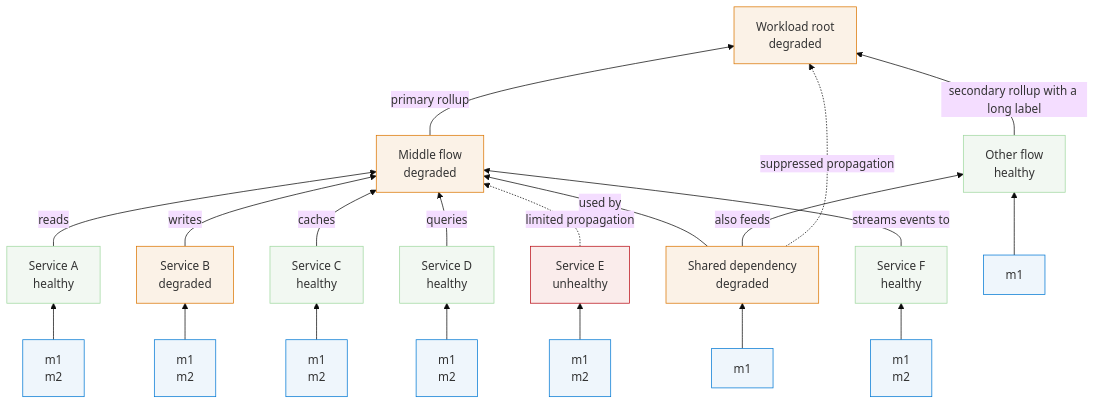
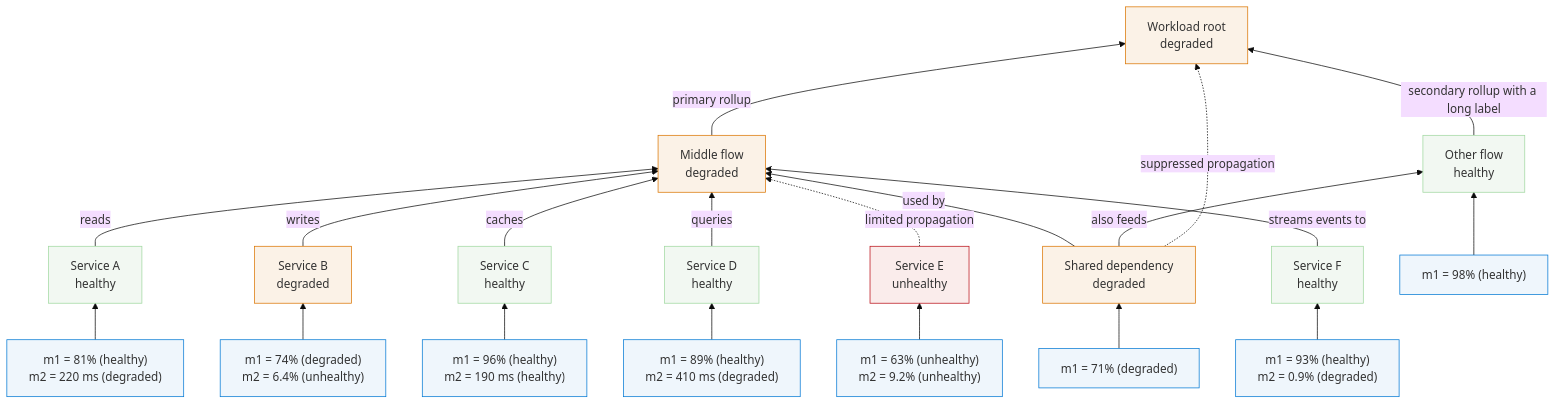
One commit to abossard/ahm-diagrammo changed the diagram in pills-stress.md. Above: the diagram before and after it, drawn with Mermaid (base theme). The commit also changed 272 other files, not shown here.

````diff
--- a/pills-stress.md
+++ b/pills-stress.md
@@ -5,38 +7,34 @@
 ```mermaid
 flowchart BT
-    aSig["m1<br/>m2"] --> a["Service A<br/>healthy"]
-    bSig["m1<br/>m2"] --> b["Service B<br/>degraded"]
-    cSig["m1<br/>m2"] --> c["Service C<br/>healthy"]
-    dSig["m1<br/>m2"] --> d["Service D<br/>healthy"]
-    eSig["m1<br/>m2"] --> e["Service E<br/>unhealthy"]
-    fSig["m1<br/>m2"] --> f["Service F<br/>healthy"]
+    aSig["m1 = 81% (healthy)<br/>m2 = 220 ms (degraded)"] --> a["Service A<br/>healthy"]
+    bSig["m1 = 74% (degraded)<br/>m2 = 6.4% (unhealthy)"] --> b["Service B<br/>degraded"]
+    cSig["m1 = 96% (healthy)<br/>m2 = 190 ms (healthy)"] --> c["Service C<br/>healthy"]
+    dSig["m1 = 89% (healthy)<br/>m2 = 410 ms (degraded)"] --> d["Service D<br/>healthy"]
+    eSig["m1 = 63% (unhealthy)<br/>m2 = 9.2% (unhealthy)"] --> e["Service E<br/>unhealthy"]
+    fSig["m1 = 93% (healthy)<br/>m2 = 0.9% (degraded)"] --> f["Service F<br/>healthy"]
 
-    %% many labeled edges converging on one parent (tests stacking + no overlap)
     a -->|reads| mid["Middle flow<br/>degraded"]
     b -->|writes| mid
     c -->|caches| mid
     d -->|queries| mid
     e -. "limited propagation" .-> mid
     f -->|streams events to| mid
 
-    %% one child with multiple labeled outgoing edges (tests same-source separation)
     shared["Shared dependency<br/>degraded"] -->|used by| mid
     shared -->|also feeds| other["Other flow<br/>healthy"]
     shared -. "suppressed propagation" .-> root["Workload root<br/>degraded"]
+    sSig["m1 = 71% (degraded)"] --> shared
+    oSig["m1 = 98% (healthy)"] --> other
 
-    sSig["m1"] --> shared
-    oSig["m1"] --> other
-
-    %% straight labeled edge (child directly under parent) + siblings
     mid -->|primary rollup| root
     other -->|secondary rollup with a long label| root
 
     classDef blue fill:#eff6fc,stroke:#0078D4;
     classDef green fill:#f2f8f2,stroke:#a0d8a0;
     classDef amber fill:#fbf2e7,stroke:#db7500;
     classDef red fill:#faeceb,stroke:#ba0d16;
     class aSig,bSig,cSig,dSig,eSig,fSig,sSig,oSig blue;
     class a,c,d,f,other green;
     class b,mid,shared,root amber;
     class e red;
 ```
````
